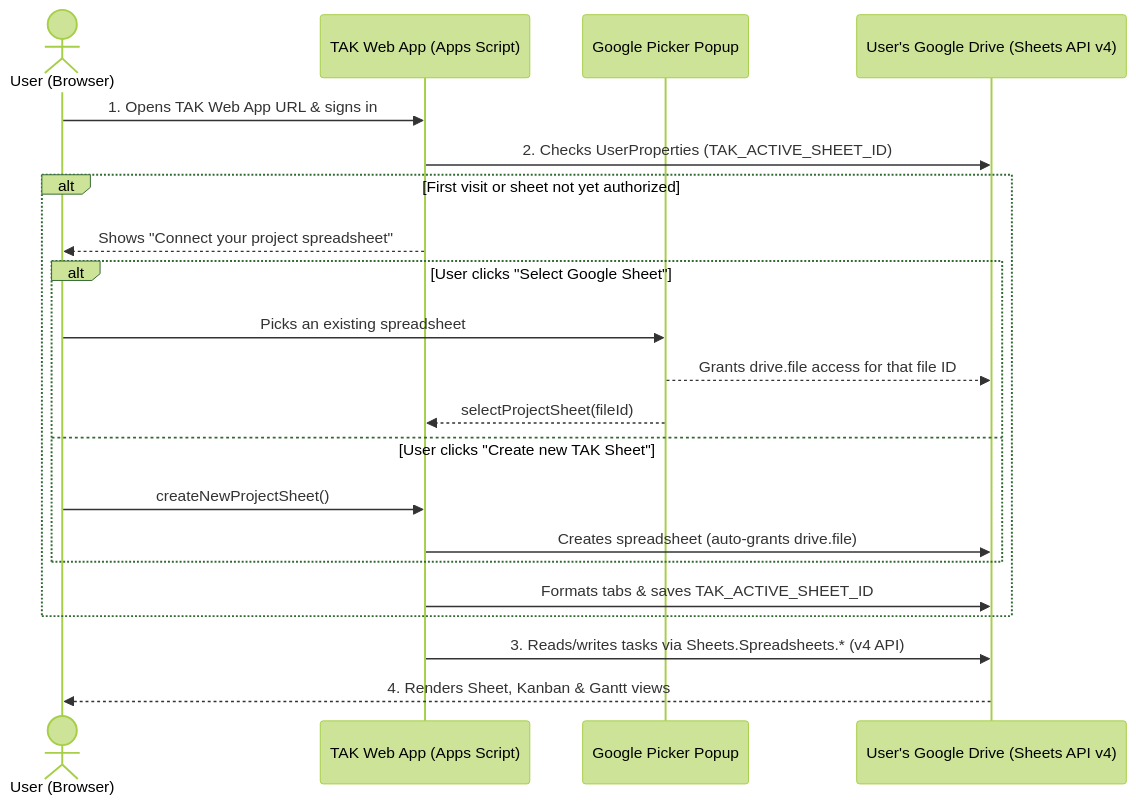
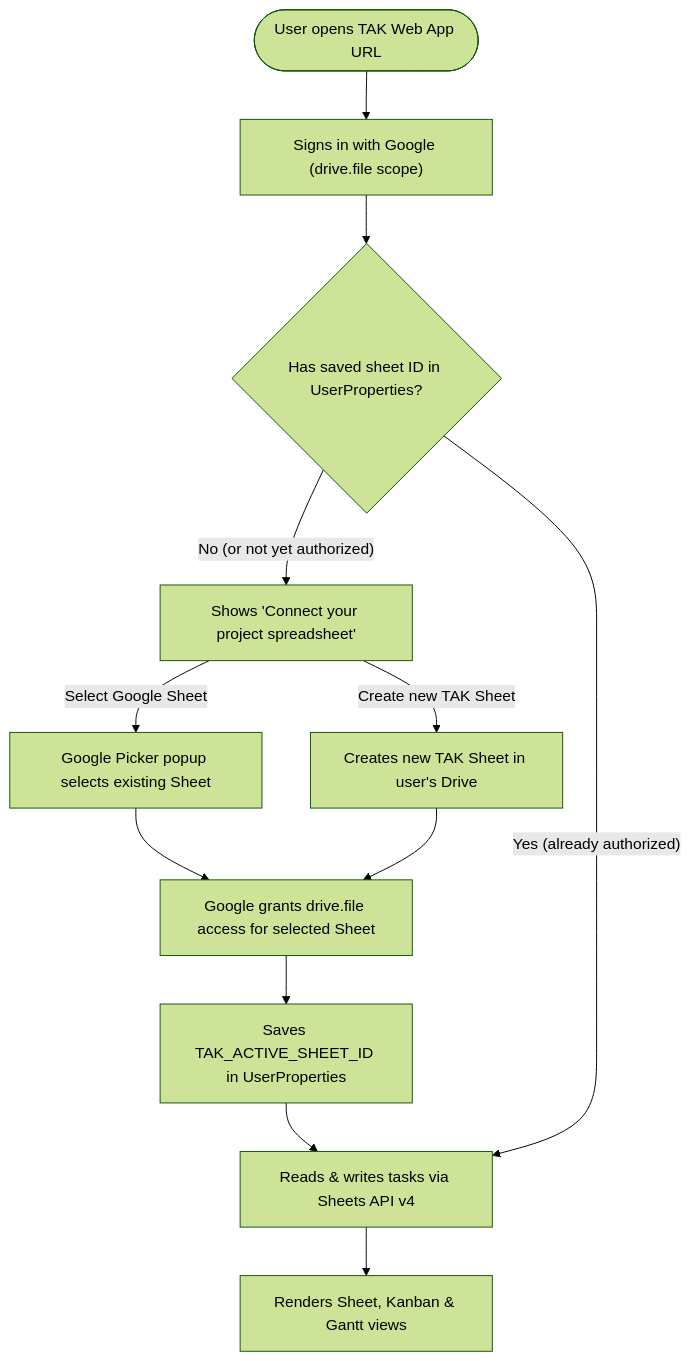
One commit to martingrossman/TAK changed the diagram in docs/OPTION2_SHARING_GUIDE.md. Above: the diagram before and after it, drawn with Mermaid (forest theme).

Commit message:
docs: replace sequenceDiagram alt block with clean flowchart TD

````diff
--- a/docs/OPTION2_SHARING_GUIDE.md
+++ b/docs/OPTION2_SHARING_GUIDE.md
@@ -10,24 +10,17 @@
 ```mermaid
-sequenceDiagram
-    actor User as User (Browser)
-    participant App as TAK Web App (Apps Script)
-    participant Picker as Google Picker Popup
-    participant Drive as User's Google Drive (Sheets API v4)
+flowchart TD
+    User(["User opens TAK Web App URL"]) --> Auth["Signs in with Google (drive.file scope)"]
+    Auth --> Check{"Has saved sheet ID in UserProperties?"}
 
-    User->>App: 1. Opens TAK Web App URL & signs in
-    App->>Drive: 2. Checks UserProperties (TAK_ACTIVE_SHEET_ID)
-    alt First visit or sheet not yet authorized
-        App-->>User: Shows "Connect your project spreadsheet"
-        alt User clicks "Select Google Sheet"
-            User->>Picker: Picks an existing spreadsheet
-            Picker-->>Drive: Grants drive.file access for that file ID
-            Picker-->>App: selectProjectSheet(fileId)
-        else User clicks "Create new TAK Sheet"
-            User->>App: createNewProjectSheet()
-            App->>Drive: Creates spreadsheet (auto-grants drive.file)
-        end
-        App->>Drive: Formats tabs & saves TAK_ACTIVE_SHEET_ID
-    end
-    App->>Drive: 3. Reads/writes tasks via Sheets.Spreadsheets.* (v4 API)
-    Drive-->>User: 4. Renders Sheet, Kanban & Gantt views
+    Check -- "No (or not yet authorized)" --> Prompt["Shows 'Connect your project spreadsheet'"]
+    Prompt -- "Select Google Sheet" --> Picker["Google Picker popup selects existing Sheet"]
+    Prompt -- "Create new TAK Sheet" --> Create["Creates new TAK Sheet in user's Drive"]
+
+    Picker --> Grant["Google grants drive.file access for selected Sheet"]
+    Create --> Grant
+    Grant --> SaveProp["Saves TAK_ACTIVE_SHEET_ID in UserProperties"]
+    SaveProp --> Ready["Reads & writes tasks via Sheets API v4"]
+
+    Check -- "Yes (already authorized)" --> Ready
+    Ready --> Views["Renders Sheet, Kanban & Gantt views"]
 ```
````
